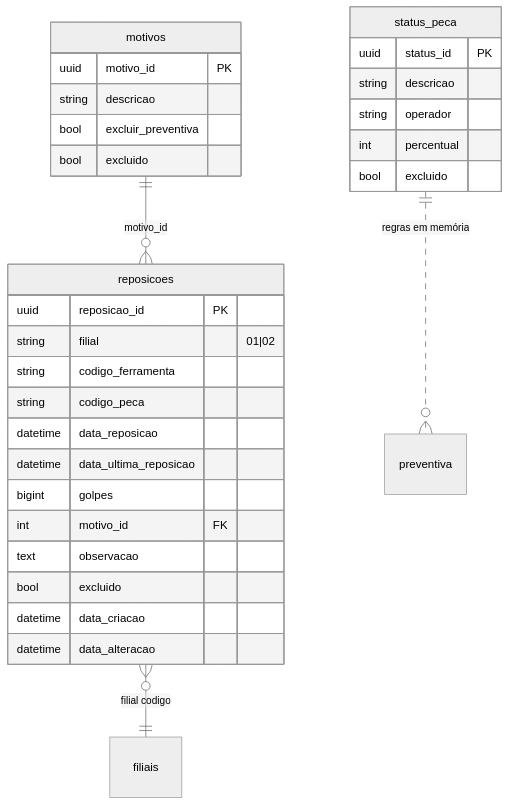
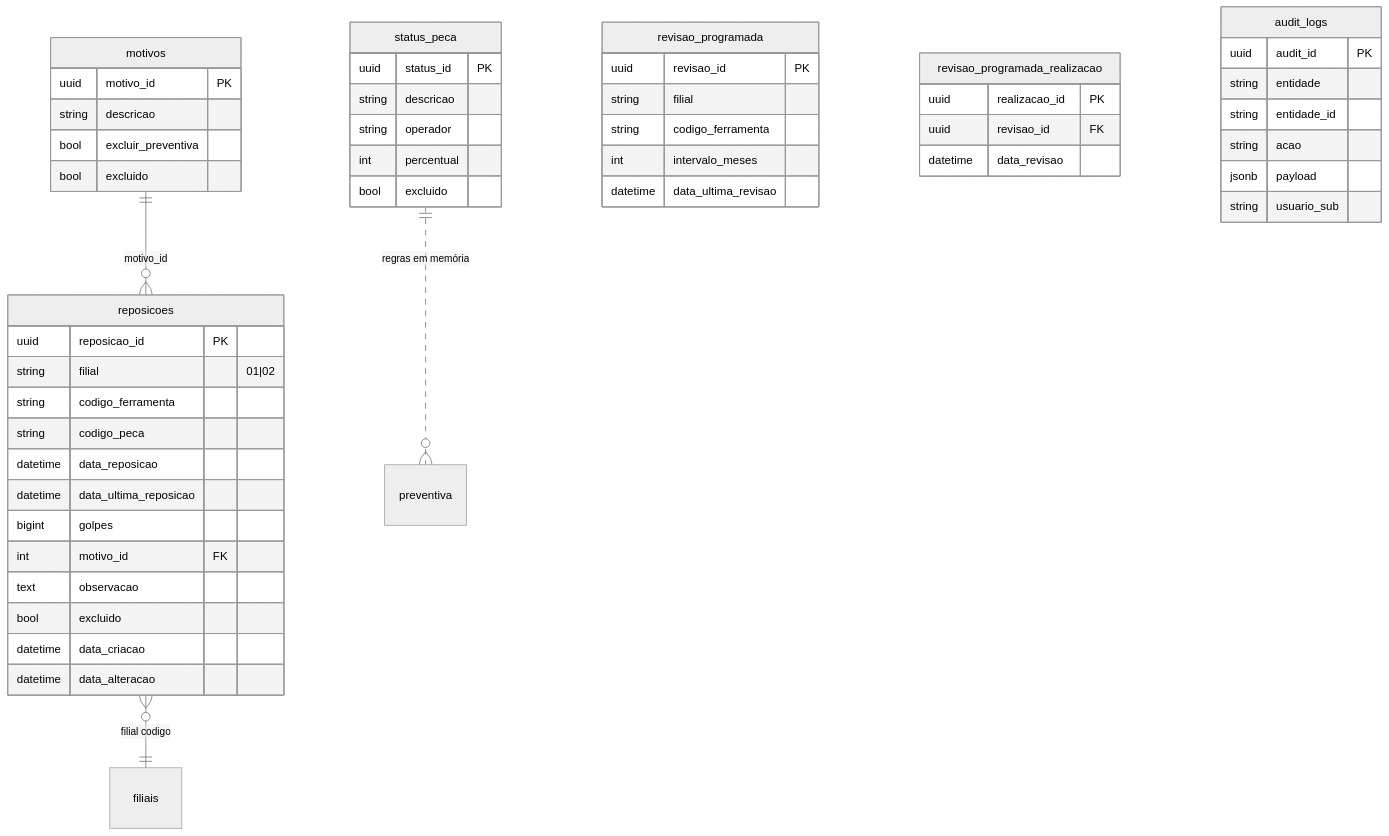
One commit to roberiooliveiradev/delpi-central changed the second of 2 diagrams in docs/12-roadmap-e-evolucao/maintenance/ARCHITECTURE.md. Above: the diagram before and after it, drawn with Mermaid (neutral theme). The commit also changed other lines of this file and 7 other files, not shown here.

````diff
--- a/docs/12-roadmap-e-evolucao/maintenance/ARCHITECTURE.md
+++ b/docs/12-roadmap-e-evolucao/maintenance/ARCHITECTURE.md
@@ -99,34 +101,54 @@
 ```mermaid
 erDiagram
   motivos ||--o{ reposicoes : "motivo_id"
   reposicoes }o--|| filiais : "filial codigo"
   status_peca ||..o{ preventiva : "regras em memória"
 
   reposicoes {
     uuid reposicao_id PK
     string filial "01|02"
     string codigo_ferramenta
     string codigo_peca
     datetime data_reposicao
     datetime data_ultima_reposicao
     bigint golpes
     int motivo_id FK
     text observacao
     bool excluido
     datetime data_criacao
     datetime data_alteracao
   }
   motivos {
     uuid motivo_id PK
     string descricao
     bool excluir_preventiva
     bool excluido
   }
   status_peca {
     uuid status_id PK
     string descricao
     string operador
     int percentual
     bool excluido
   }
+  revisao_programada {
+    uuid revisao_id PK
+    string filial
+    string codigo_ferramenta
+    int intervalo_meses
+    datetime data_ultima_revisao
+  }
+  revisao_programada_realizacao {
+    uuid realizacao_id PK
+    uuid revisao_id FK
+    datetime data_revisao
+  }
+  audit_logs {
+    uuid audit_id PK
+    string entidade
+    string entidade_id
+    string acao
+    jsonb payload
+    string usuario_sub
+  }
 ```
````
